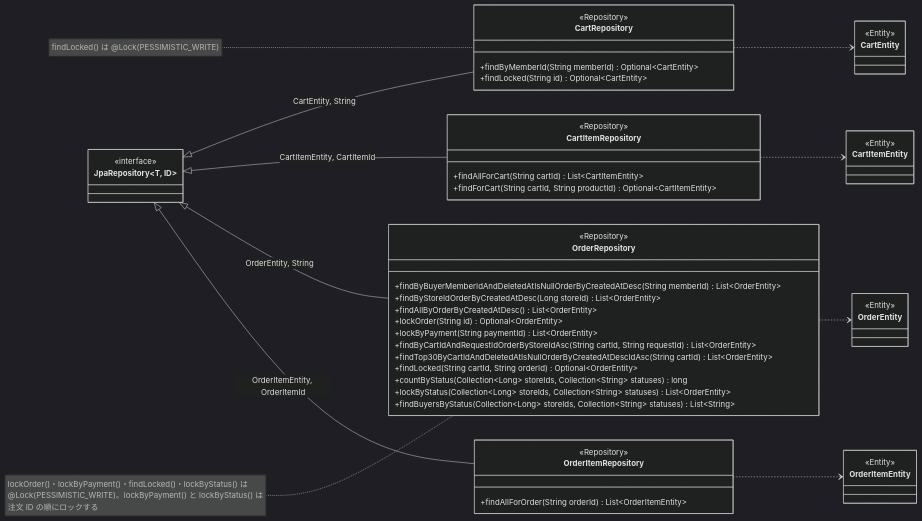
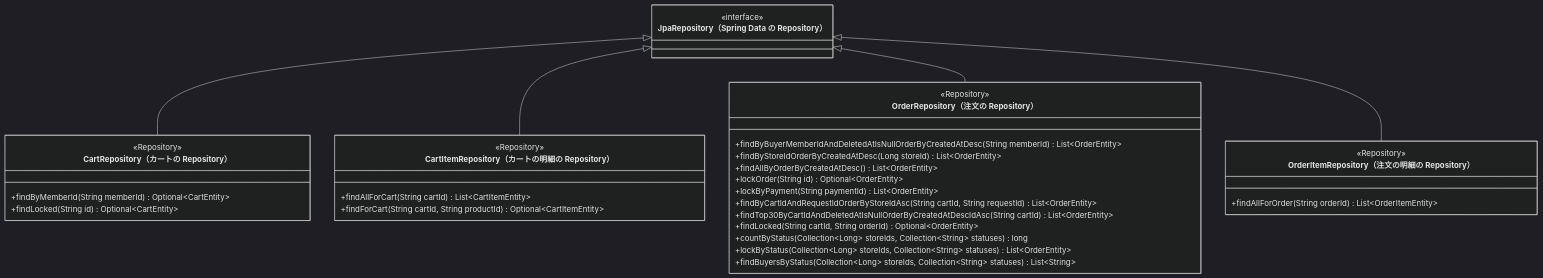
Before and after one commit to abeouga/kusakari-document: the second of 11 diagrams in クラス図/kusakari-ec/04_カートと注文.md, drawn with Mermaid (dark theme). The commit also changed other lines of this file and 87 other files, not shown here.

Commit message:
EC のクラス図に全体図を足し、詳細図をデータとモジュールの図に分けて書き直す

````diff
--- a/クラス図/kusakari-ec/04_カートと注文.md
+++ b/クラス図/kusakari-ec/04_カートと注文.md
@@ -188,59 +217,40 @@
 ```mermaid
 classDiagram
-  direction LR
-  class JpaRepository~T, ID~ {
+  direction TB
+  class JpaRepository["JpaRepository（Spring Data の Repository）"] {
     <<interface>>
   }
-  class CartRepository {
+  class CartRepository["CartRepository（カートの Repository）"] {
     <<Repository>>
     +findByMemberId(String memberId) Optional~CartEntity~
     +findLocked(String id) Optional~CartEntity~
   }
-  class CartItemRepository {
+  class CartItemRepository["CartItemRepository（カートの明細の Repository）"] {
     <<Repository>>
     +findAllForCart(String cartId) List~CartItemEntity~
     +findForCart(String cartId, String productId) Optional~CartItemEntity~
   }
-  class OrderRepository {
+  class OrderRepository["OrderRepository（注文の Repository）"] {
     <<Repository>>
     +findByBuyerMemberIdAndDeletedAtIsNullOrderByCreatedAtDesc(String memberId) List~OrderEntity~
     +findByStoreIdOrderByCreatedAtDesc(Long storeId) List~OrderEntity~
     +findAllByOrderByCreatedAtDesc() List~OrderEntity~
     +lockOrder(String id) Optional~OrderEntity~
     +lockByPayment(String paymentId) List~OrderEntity~
     +findByCartIdAndRequestIdOrderByStoreIdAsc(String cartId, String requestId) List~OrderEntity~
     +findTop30ByCartIdAndDeletedAtIsNullOrderByCreatedAtDescIdAsc(String cartId) List~OrderEntity~
     +findLocked(String cartId, String orderId) Optional~OrderEntity~
     +countByStatus(Collection~Long~ storeIds, Collection~String~ statuses) long
     +lockByStatus(Collection~Long~ storeIds, Collection~String~ statuses) List~OrderEntity~
     +findBuyersByStatus(Collection~Long~ storeIds, Collection~String~ statuses) List~String~
   }
-  class OrderItemRepository {
+  class OrderItemRepository["OrderItemRepository（注文の明細の Repository）"] {
     <<Repository>>
     +findAllForOrder(String orderId) List~OrderItemEntity~
   }
-  class CartEntity {
-    <<Entity>>
-  }
-  class CartItemEntity {
-    <<Entity>>
-  }
-  class OrderEntity {
-    <<Entity>>
-  }
-  class OrderItemEntity {
-    <<Entity>>
-  }
 
-  JpaRepository <|-- CartRepository : CartEntity, String
-  JpaRepository <|-- CartItemRepository : CartItemEntity, CartItemId
-  JpaRepository <|-- OrderRepository : OrderEntity, String
-  JpaRepository <|-- OrderItemRepository : OrderItemEntity, OrderItemId
-  CartRepository ..> CartEntity
-  CartItemRepository ..> CartItemEntity
-  OrderRepository ..> OrderEntity
-  OrderItemRepository ..> OrderItemEntity
-
-  note for CartRepository "findLocked() は @Lock(PESSIMISTIC_WRITE)"
-  note for OrderRepository "lockOrder()・lockByPayment()・findLocked()・lockByStatus() は<br/>@Lock(PESSIMISTIC_WRITE)。lockByPayment() と lockByStatus() は<br/>注文 ID の順にロックする"
+  JpaRepository <|-- CartRepository
+  JpaRepository <|-- CartItemRepository
+  JpaRepository <|-- OrderRepository
+  JpaRepository <|-- OrderItemRepository
 ```
````
